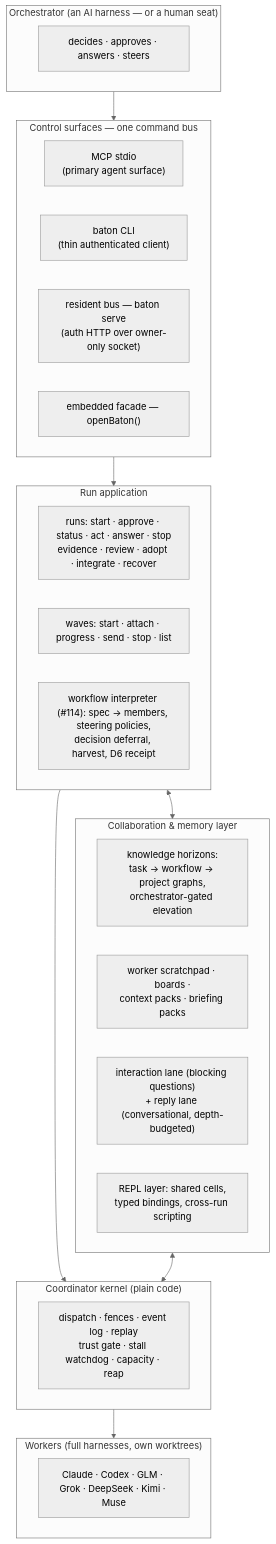
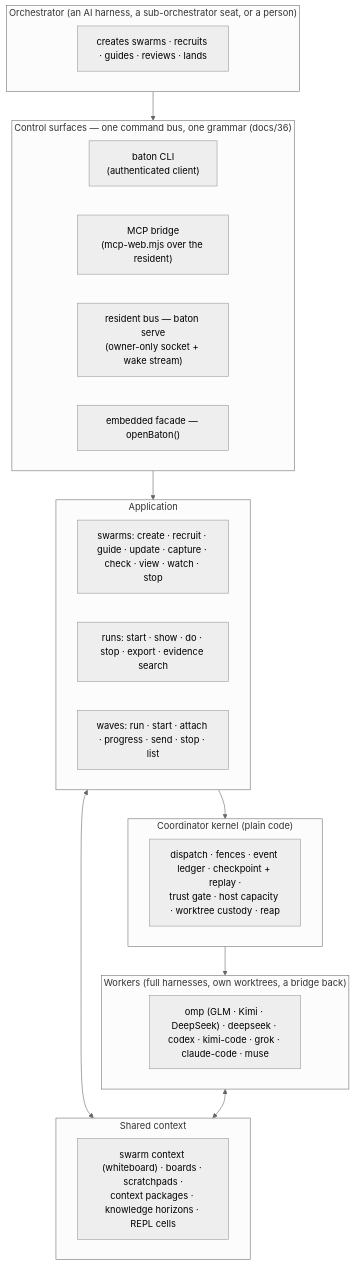
The diagram in README.md (Flip-Engineering/baton), drawn with Mermaid (neutral theme) before and after one commit. The commit also changed other lines of this file, not shown here.

First line of the commit message:
README: the swarm-era entry story — residents, the develop-with-Baton loop, credentials by location, suite verdicts, the docs 32–47 map (operator ask 2026-09-18)

````diff
--- a/README.md
+++ b/README.md
@@ -50,32 +35,29 @@
 ```mermaid
 flowchart TB
-    subgraph YOU["Orchestrator (an AI harness — or a human seat)"]
-        O[decides · approves · answers · steers]
+    subgraph YOU["Orchestrator (an AI harness, a sub-orchestrator seat, or a person)"]
+        O[creates swarms · recruits · guides · reviews · lands]
     end
-    subgraph SURFACES["Control surfaces — one command bus"]
-        MCP["MCP stdio<br/>(primary agent surface)"]
-        CLI["baton CLI<br/>(thin authenticated client)"]
-        WEB["resident bus — baton serve<br/>(auth HTTP over owner-only socket)"]
+    subgraph SURFACES["Control surfaces — one command bus, one grammar (docs/36)"]
+        CLI["baton CLI<br/>(authenticated client)"]
+        MCP["MCP bridge<br/>(mcp-web.mjs over the resident)"]
+        WEB["resident bus — baton serve<br/>(owner-only socket + wake stream)"]
         FAC["embedded facade — openBaton()"]
     end
-    subgraph APP["Run application"]
-        RUN["runs: start · approve · status · act · answer · stop<br/>evidence · review · adopt · integrate · recover"]
-        WAVES["waves: start · attach · progress · send · stop · list"]
-        WF["workflow interpreter (#114): spec → members, steering policies,<br/>decision deferral, harvest, D6 receipt"]
+    subgraph APP["Application"]
+        SW["swarms: create · recruit · guide · update · capture · check · view · watch · stop"]
+        RUN["runs: start · show · do · stop · export · evidence search"]
+        WAVES["waves: run · start · attach · progress · send · stop · list"]
     end
-    subgraph COLLAB["Collaboration & memory layer"]
-        KG["knowledge horizons:<br/>task → workflow → project graphs,<br/>orchestrator-gated elevation"]
-        SCR["worker scratchpad · boards ·<br/>context packs · briefing packs"]
-        MSG["interaction lane (blocking questions)<br/>+ reply lane (conversational, depth-budgeted)"]
-        REPL["REPL layer: shared cells,<br/>typed bindings, cross-run scripting"]
+    subgraph COLLAB["Shared context"]
+        CTX["swarm context (whiteboard) · boards · scratchpads ·<br/>context packages · knowledge horizons · REPL cells"]
     end
     subgraph KERNEL["Coordinator kernel (plain code)"]
-        COORD["dispatch · fences · event log · replay<br/>trust gate · stall watchdog · capacity · reap"]
+        COORD["dispatch · fences · event ledger · checkpoint + replay ·<br/>trust gate · host capacity · worktree custody · reap"]
     end
-    subgraph FLEET["Workers (full harnesses, own worktrees)"]
-        W["Claude · Codex · GLM · Grok · DeepSeek · Kimi · Muse"]
+    subgraph FLEET["Workers (full harnesses, own worktrees, a bridge back)"]
+        W["omp (GLM · Kimi · DeepSeek) · deepseek · codex · kimi-code · grok · claude-code · muse"]
     end
     YOU --> SURFACES --> APP --> KERNEL --> FLEET
     APP <--> COLLAB
-    COLLAB <--> KERNEL
+    FLEET <--> COLLAB
 ```
````
